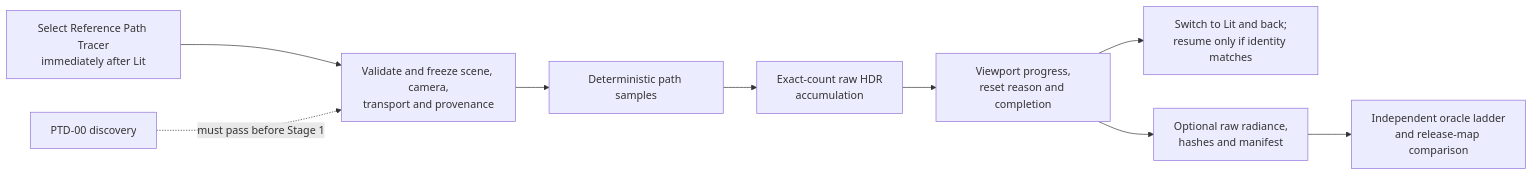
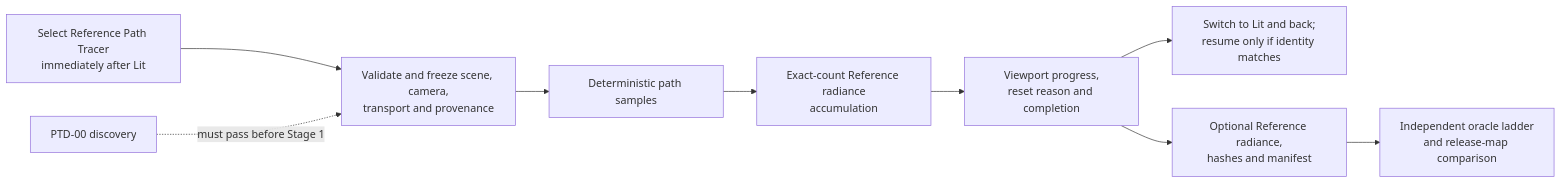
One commit to stoleckipawel/SparkleEngine changed the diagram in Docs/Architecture/Modules/Engine/Renderer/Features/Lighting/ReferencePathTracer/README.md. Above: the diagram before and after it, drawn with Mermaid. The commit also changed other lines of this file and 264 other files, not shown here.

````diff
--- a/Docs/Architecture/Modules/Engine/Renderer/Features/Lighting/ReferencePathTracer/README.md
+++ b/Docs/Architecture/Modules/Engine/Renderer/Features/Lighting/ReferencePathTracer/README.md
@@ -17,11 +17,11 @@
 ```mermaid
 flowchart LR
     Select[Select Reference Path Tracer<br/>immediately after Lit] --> Freeze[Validate and freeze scene, camera,<br/>transport and provenance]
     Freeze --> Sample[Deterministic path samples]
-    Sample --> Accumulate[Exact-count raw HDR<br/>accumulation]
+    Sample --> Accumulate[Exact-count Reference radiance<br/>accumulation]
     Accumulate --> Progress[Viewport progress,<br/>reset reason and completion]
     Progress --> Compare[Switch to Lit and back;<br/>resume only if identity matches]
-    Progress --> Export[Optional raw radiance,<br/>hashes and manifest]
+    Progress --> Export[Optional Reference radiance,<br/>hashes and manifest]
     Export --> Evidence[Independent oracle ladder<br/>and release-map comparison]
     Discovery[PTD-00 discovery] -. must pass before Stage 1 .-> Freeze
 ```
````
